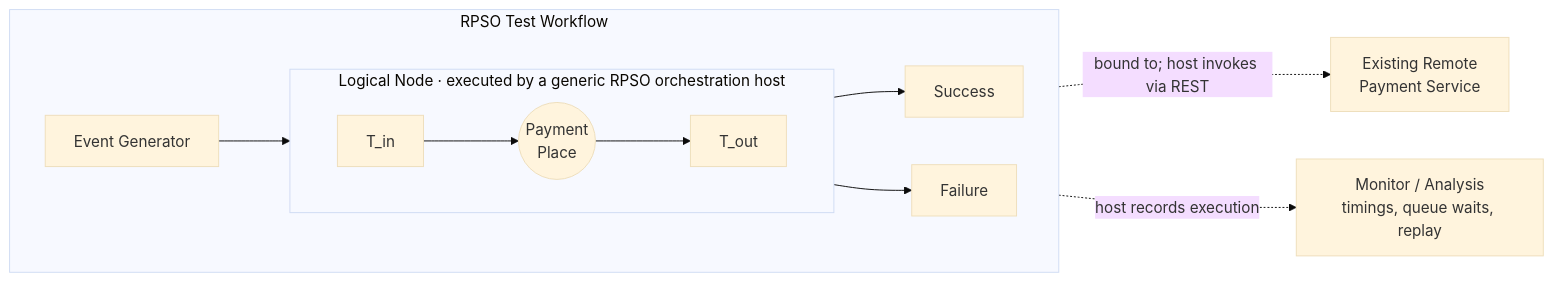
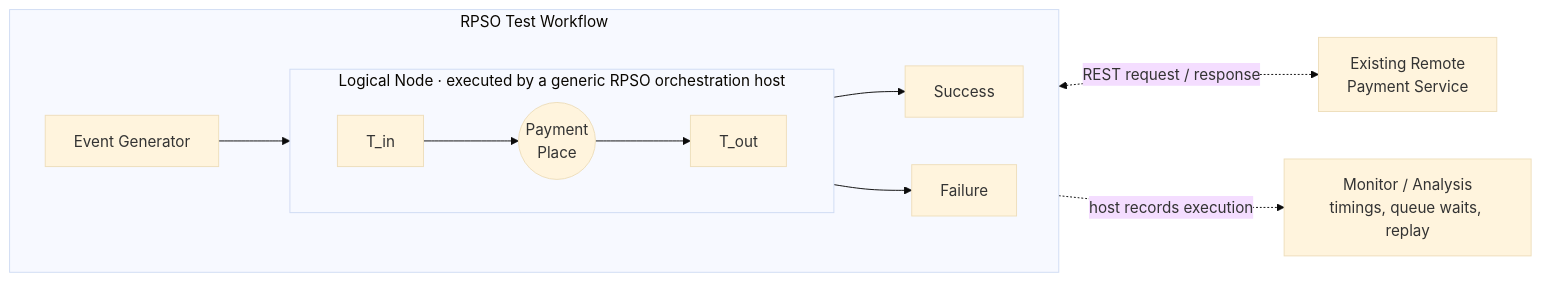
The diagram in README.md (AlexanderAdelAU/Rule-Propagated-Service-Orchestration), drawn with Mermaid (base theme) before and after one commit. The commit also changed other lines of this file, not shown here.

Commit message:
Show bidirectional REST request-response in first-use diagram

````diff
--- a/README.md
+++ b/README.md
@@ -15,17 +15,17 @@
 ```mermaid
 flowchart LR
     subgraph RPSO["RPSO Test Workflow"]
         direction LR
         EG["Event Generator"]
         subgraph NODE["Logical Node · executed by a generic RPSO orchestration host"]
             direction LR
             TI["T_in"] --> P(("Payment<br/>Place")) --> TO["T_out"]
         end
         EG --> TI
         TO --> OK["Success"]
         TO --> FAIL["Failure"]
     end
 
-    P -. "bound to; host invokes via REST" .-> REST["Existing Remote<br/>Payment Service"]
+    P <-. "REST request / response" .-> REST["Existing Remote<br/>Payment Service"]
     NODE -. "host records execution" .-> OBS["Monitor / Analysis<br/>timings, queue waits, replay"]
 ```
````
